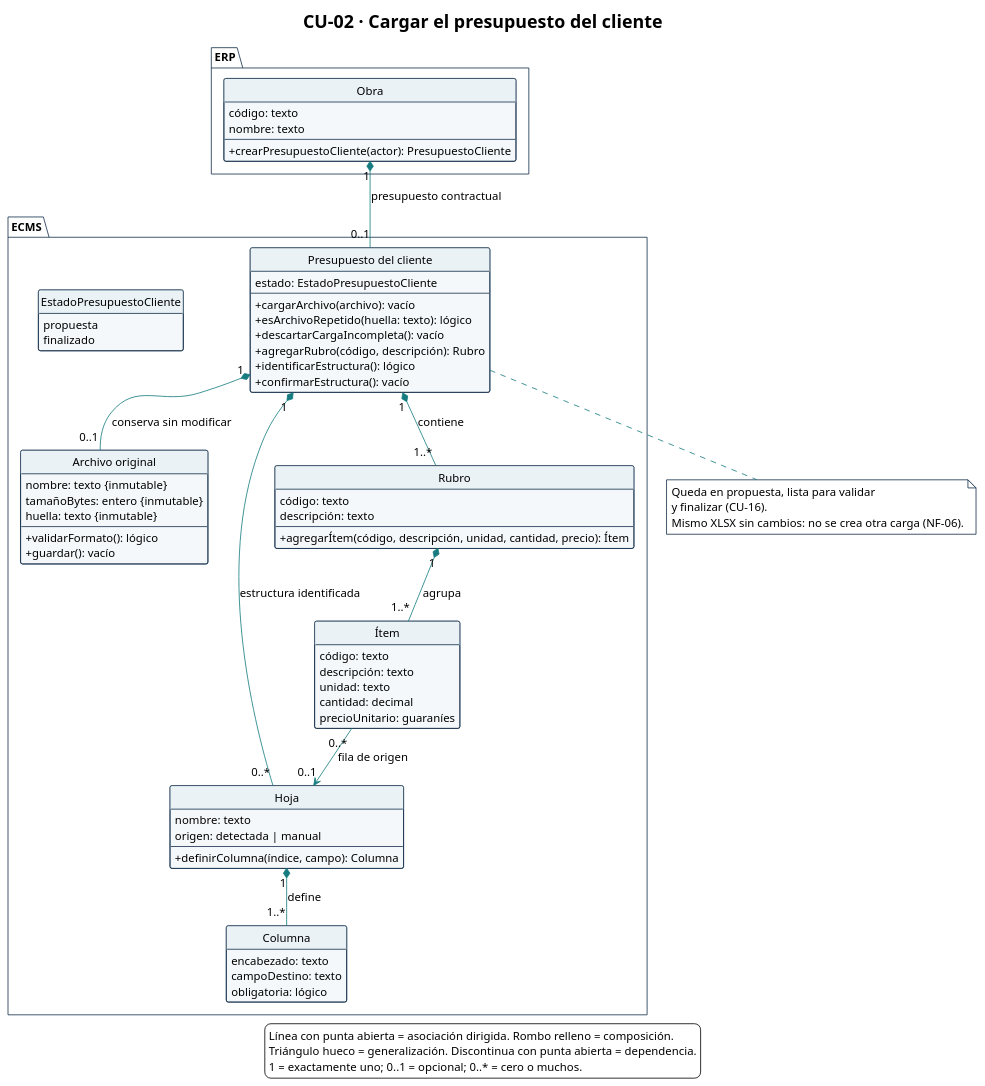
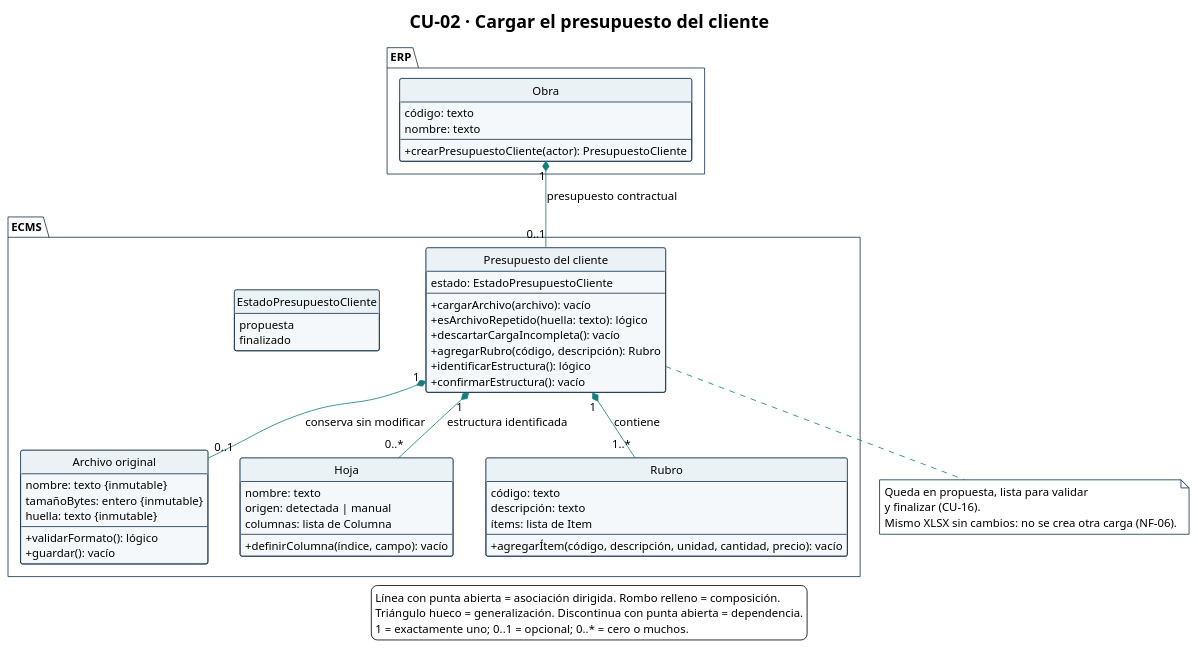
Before and after one commit to Ssrrb/tpf-uca: the diagram in diagramas/CU-02-clases.puml, drawn with PlantUML. The commit also changed 11 other files, not shown here.

```diff
--- a/diagramas/CU-02-clases.puml
+++ b/diagramas/CU-02-clases.puml
@@ -1,112 +1,97 @@
 @startuml
 !theme plain
 skinparam style strictuml
 title CU-02 · Cargar el presupuesto del cliente
 hide circle
 hide empty methods
 hide empty fields
 skinparam shadowing false
 skinparam classAttributeIconSize 0
 skinparam defaultFontName Arial
 skinparam defaultFontSize 14
 skinparam nodesep 40
 skinparam ranksep 50
 skinparam ArrowColor #167C80
 skinparam class {
   BackgroundColor #F5F8FA
   BorderColor #17324D
   HeaderBackgroundColor #EAF2F6
 }
 skinparam package {
   BackgroundColor #FFFFFF
   BorderColor #17324D
 }
 skinparam note {
   BackgroundColor #FFFFFF
   BorderColor #17324D
 }
 package "ERP" {
   class Obra {
     código: texto
     nombre: texto
     --
     + crearPresupuestoCliente(actor): PresupuestoCliente
   }
 }
 
 package "ECMS" {
 
   class "Presupuesto del cliente" as PresupuestoCliente {
     estado: EstadoPresupuestoCliente
     --
     + cargarArchivo(archivo): vacío
     + esArchivoRepetido(huella: texto): lógico
     + descartarCargaIncompleta(): vacío
     + agregarRubro(código, descripción): Rubro
     + identificarEstructura(): lógico
     + confirmarEstructura(): vacío
   }
 
   class "Archivo original" as ArchivoOriginal {
     nombre: texto {inmutable}
     tamañoBytes: entero {inmutable}
     huella: texto {inmutable}
     --
     + validarFormato(): lógico
     + guardar(): vacío
   }
 
   class Hoja {
     nombre: texto
     origen: detectada | manual
+    columnas: lista de Columna
     --
-    + definirColumna(índice, campo): Columna
-  }
-
-  class Columna {
-    encabezado: texto
-    campoDestino: texto
-    obligatoria: lógico
+    + definirColumna(índice, campo): vacío
   }
 
   class Rubro {
     código: texto
     descripción: texto
+    ítems: lista de Item
     --
-    + agregarÍtem(código, descripción, unidad, cantidad, precio): Ítem
-  }
-
-  class "Ítem" as Item {
-    código: texto
-    descripción: texto
-    unidad: texto
-    cantidad: decimal
-    precioUnitario: guaraníes
+    + agregarÍtem(código, descripción, unidad, cantidad, precio): vacío
   }
 
   enum EstadoPresupuestoCliente {
     propuesta
     finalizado
   }
 }
 
 Obra "1" *-- "0..1" PresupuestoCliente : presupuesto contractual
 PresupuestoCliente "1" *-- "0..1" ArchivoOriginal : conserva sin modificar
 PresupuestoCliente "1" *-- "0..*" Hoja : estructura identificada
-Hoja "1" *-- "1..*" Columna : define
 PresupuestoCliente "1" *-- "1..*" Rubro : contiene
-Rubro "1" *-- "1..*" Item : agrupa
-Item "0..*" --> "0..1" Hoja : fila de origen
 
 note bottom of PresupuestoCliente
   Queda en propuesta, lista para validar
   y finalizar (CU-16).
   Mismo XLSX sin cambios: no se crea otra carga (NF-06).
 end note
 
 legend bottom
   Línea con punta abierta = asociación dirigida. Rombo relleno = composición.
   Triángulo hueco = generalización. Discontinua con punta abierta = dependencia.
   1 = exactamente uno; 0..1 = opcional; 0..* = cero o muchos.
 endlegend
 @enduml
```
